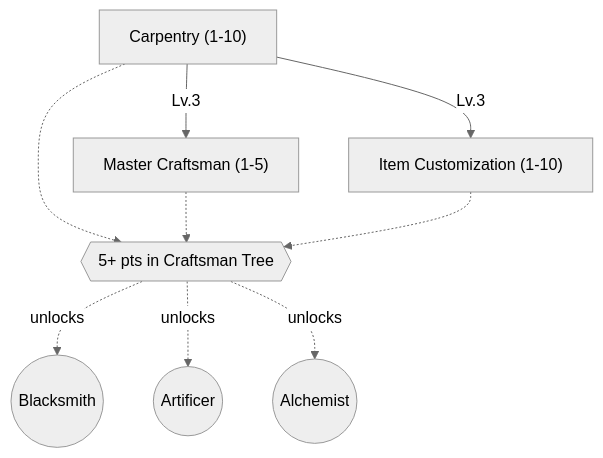
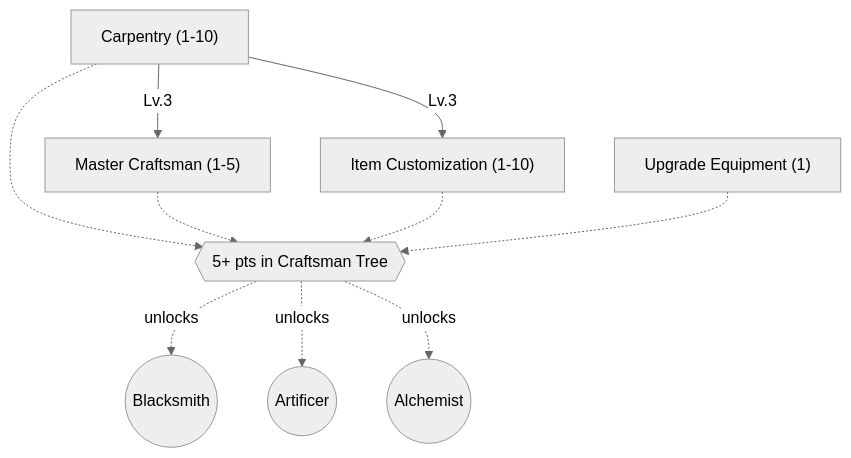
One commit to tfelix/bestia-docs changed the second of 16 diagrams in content/docs/mechanics/master.md. Above: the diagram before and after it, drawn with Mermaid (neutral theme). The commit also changed other lines of this file and 3 other files, not shown here.

````diff
--- a/content/docs/mechanics/master.md
+++ b/content/docs/mechanics/master.md
@@ -136,19 +136,21 @@
 ```mermaid
 graph TD
     Carpentry["Carpentry (1-10)"]
+    UpgradeEquipment["Upgrade Equipment (1)"]
     MasterCraftsman["Master Craftsman (1-5)"]
     ItemCustomization["Item Customization (1-10)"]
     Gate{{"5+ pts in Craftsman Tree"}}
     Blacksmith(("Blacksmith"))
     Artificer(("Artificer"))
     Alchemist(("Alchemist"))
 
     Carpentry -->|Lv.3| MasterCraftsman
     Carpentry -->|Lv.3| ItemCustomization
     Carpentry -.-> Gate
     MasterCraftsman -.-> Gate
     ItemCustomization -.-> Gate
+    UpgradeEquipment -.-> Gate
     Gate -.->|unlocks| Blacksmith
     Gate -.->|unlocks| Artificer
     Gate -.->|unlocks| Alchemist
 ```
````
